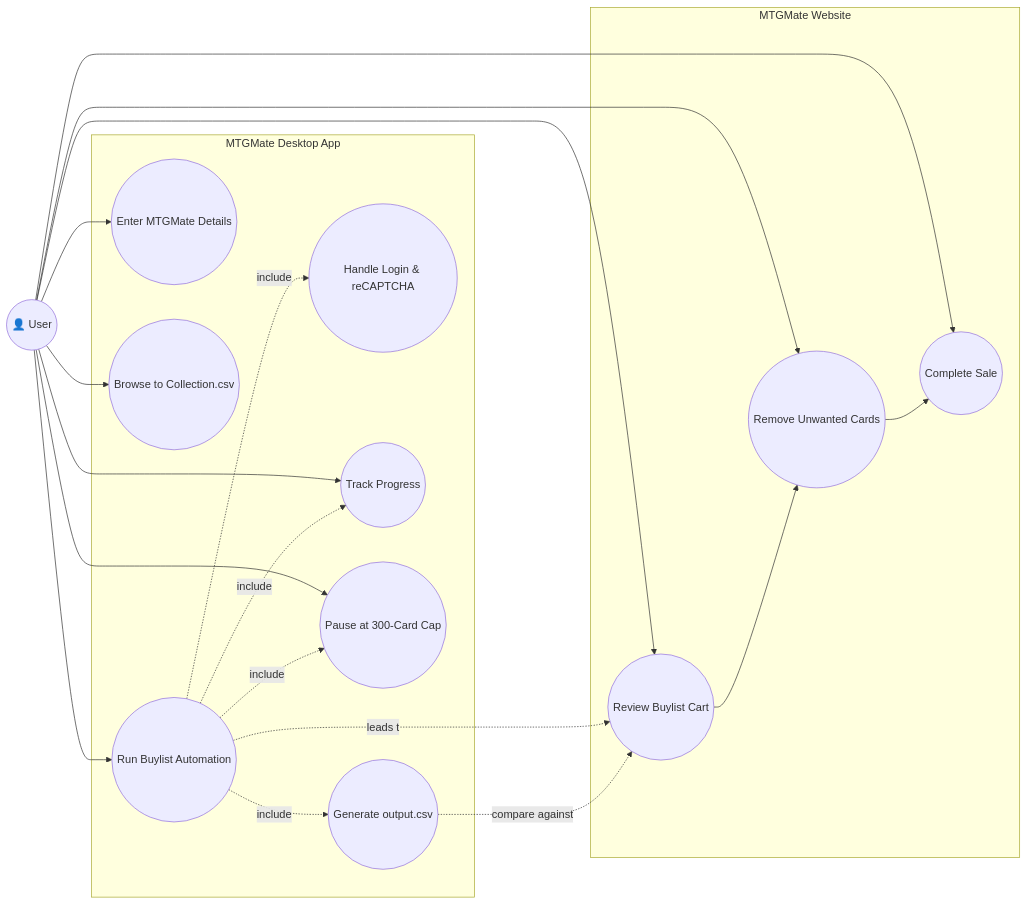
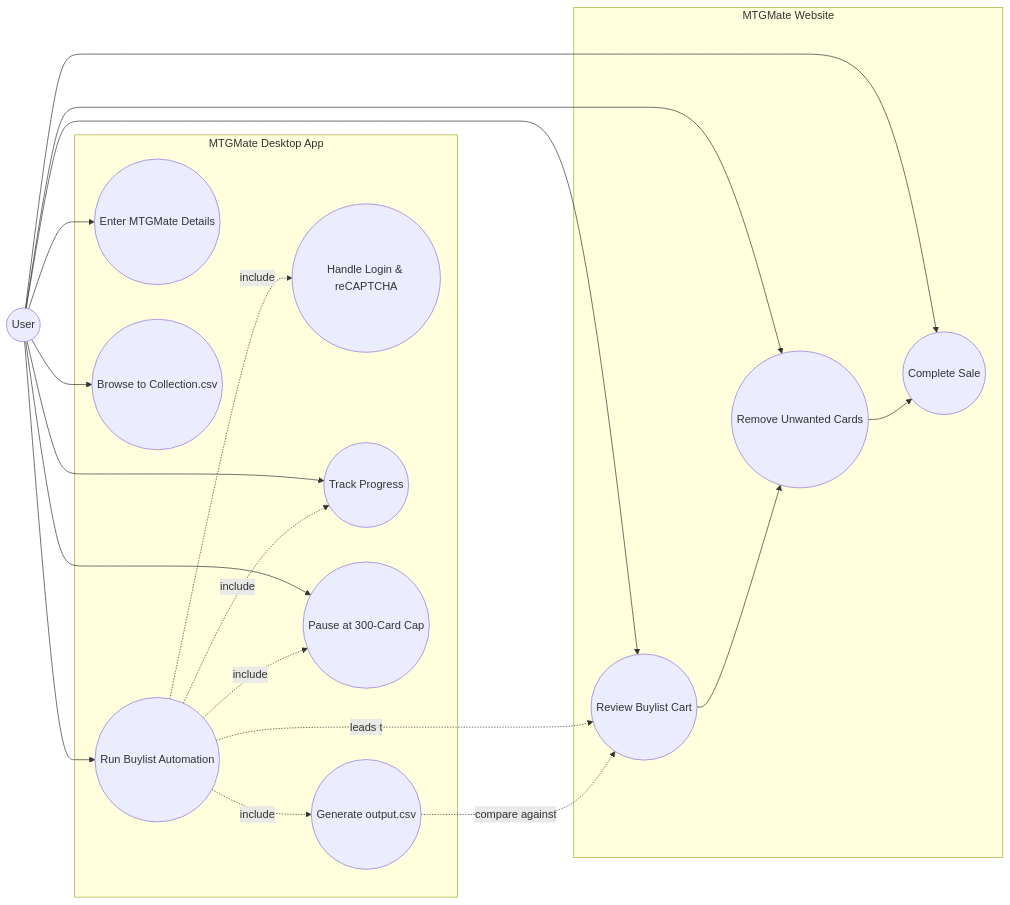
The diagram in docs/current_use_case.md (brhyeton/MTGMate), drawn with Mermaid before and after one commit.

````diff
--- a/docs/current_use_case.md
+++ b/docs/current_use_case.md
@@ -3,38 +3,38 @@
 ```mermaid
 flowchart LR
-    User(("👤 User"))
+    User(("User"))
 
     subgraph MTGMate Desktop App
         UC1(("Enter MTGMate Details"))
         UC2(("Browse to Collection.csv"))
         UC3(("Run Buylist Automation"))
         UC4(("Handle Login & reCAPTCHA"))
         UC5(("Track Progress"))
         UC6(("Pause at 300-Card Cap"))
         UC7(("Generate output.csv"))
     end
 
     subgraph MTGMate Website
         UC9(("Review Buylist Cart"))
         UC10(("Remove Unwanted Cards"))
         UC11(("Complete Sale"))
     end
 
     User --> UC1
     User --> UC2
     User --> UC3
     User --> UC5
     User --> UC6
     User --> UC9
     User --> UC10
     User --> UC11
 
     UC3 -.include.-> UC4
     UC3 -.include.-> UC5
     UC3 -.include.-> UC7
     UC3 -.include.-> UC6
     UC3 -.leads to.-> UC9
     UC9 --> UC10
     UC10 --> UC11
     UC7 -.compare against.-> UC9
 ```
````
